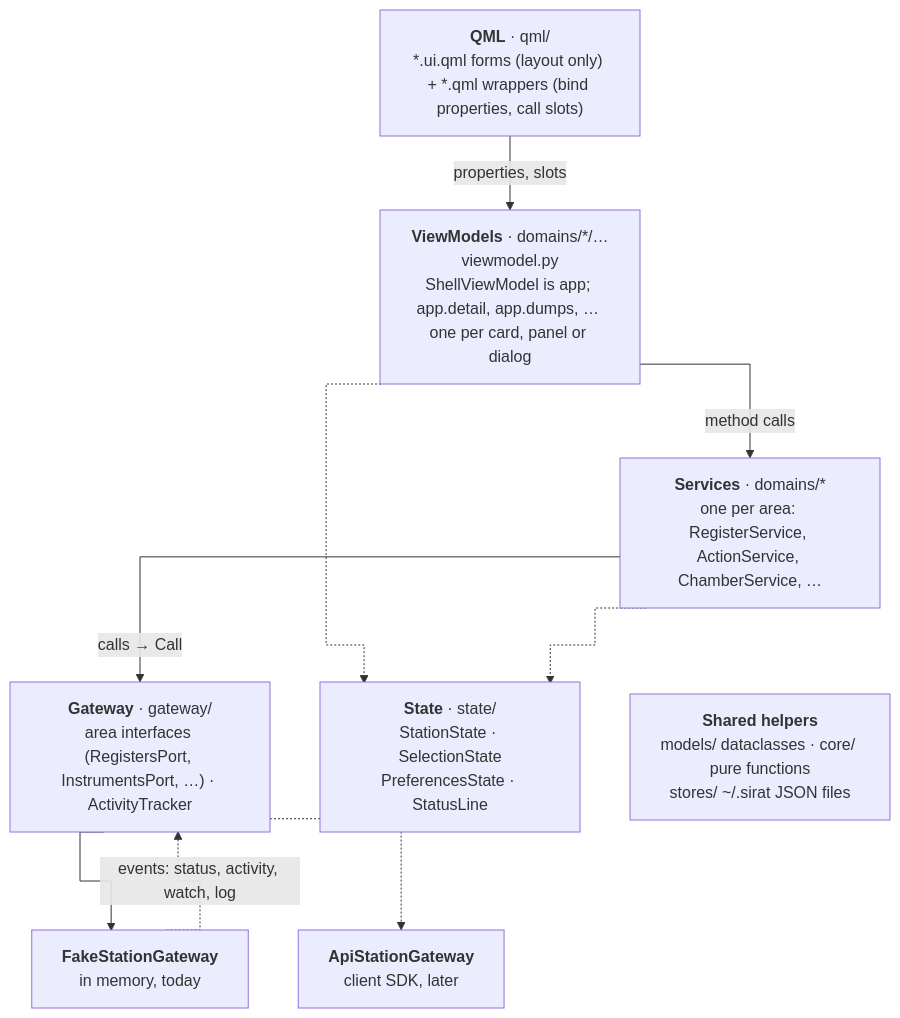
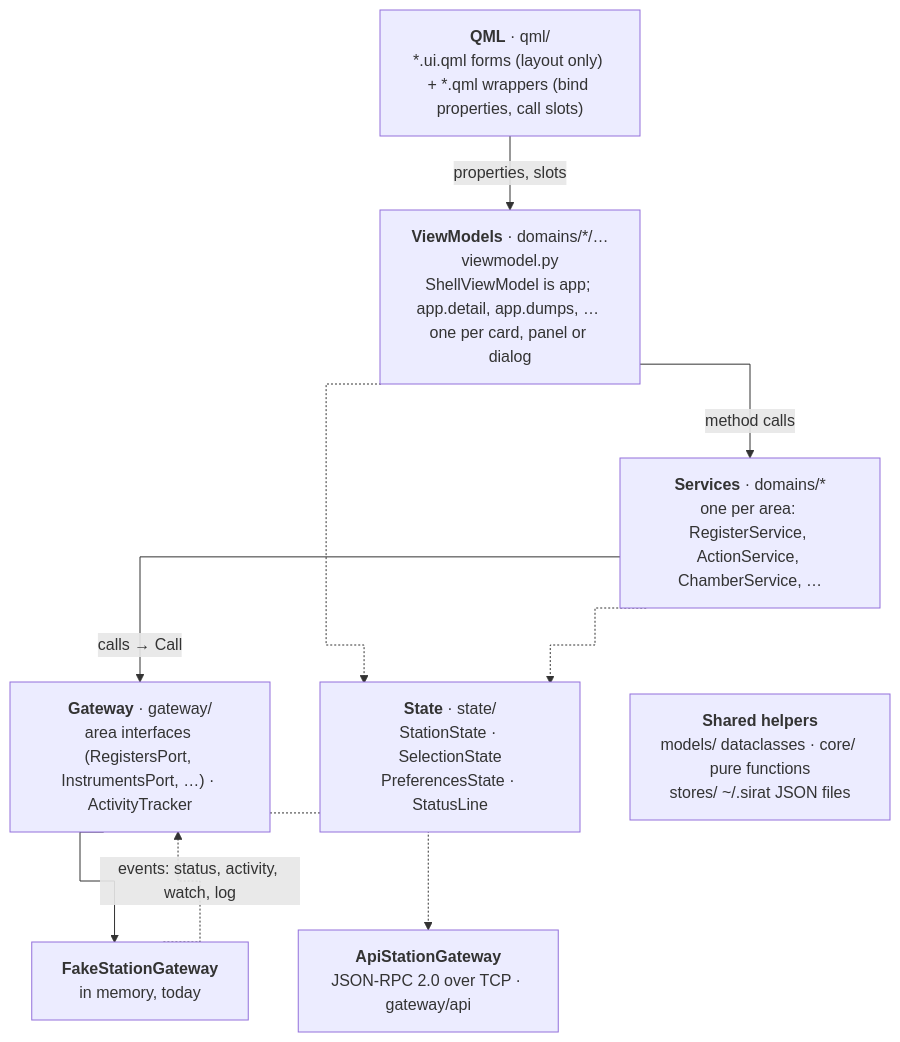
One commit to ShoyonK/sample_ui changed the first of 30 diagrams in docs/ARCHITECTURE.md. Above: the diagram before and after it, drawn with Mermaid. The commit also changed other lines of this file and 315 other files, not shown here.

First line of the commit message:
Move the Station API into shared packages and prepare the backend handover

````diff
--- a/docs/ARCHITECTURE.md
+++ b/docs/ARCHITECTURE.md
@@ -39,22 +39,22 @@
 ```mermaid
 %%{init: {"flowchart": {"curve": "stepAfter"}}}%%
 flowchart TB
     qml["<b>QML</b> · qml/<br/>*.ui.qml forms (layout only) + *.qml wrappers (bind properties, call slots)"]
     vm["<b>ViewModels</b> · domains/*/…viewmodel.py<br/>ShellViewModel is app; app.detail, app.dumps, … one per card, panel or dialog"]
     svc["<b>Services</b> · domains/*<br/>one per area: RegisterService, ActionService, ChamberService, …"]
     gw["<b>Gateway</b> · gateway/<br/>area interfaces (RegistersPort, InstrumentsPort, …) · ActivityTracker"]
     fake["<b>FakeStationGateway</b><br/>in memory, today"]
-    api["<b>ApiStationGateway</b><br/>client SDK, later"]
+    api["<b>ApiStationGateway</b><br/>JSON-RPC 2.0 over TCP · gateway/api"]
     state["<b>State</b> · state/<br/>StationState · SelectionState<br/>PreferencesState · StatusLine"]
     base["<b>Shared helpers</b><br/>models/ dataclasses · core/ pure functions<br/>stores/ ~/.sirat JSON files"]
 
     qml -->|"properties, slots"| vm
     vm -->|"method calls"| svc
     svc -->|"calls → Call"| gw
     gw --> fake
     gw -.-> api
     vm -.-> state
     svc -.-> state
     fake -.->|"events: status, activity, watch, log"| gw
     svc ~~~ base
 ```
````
